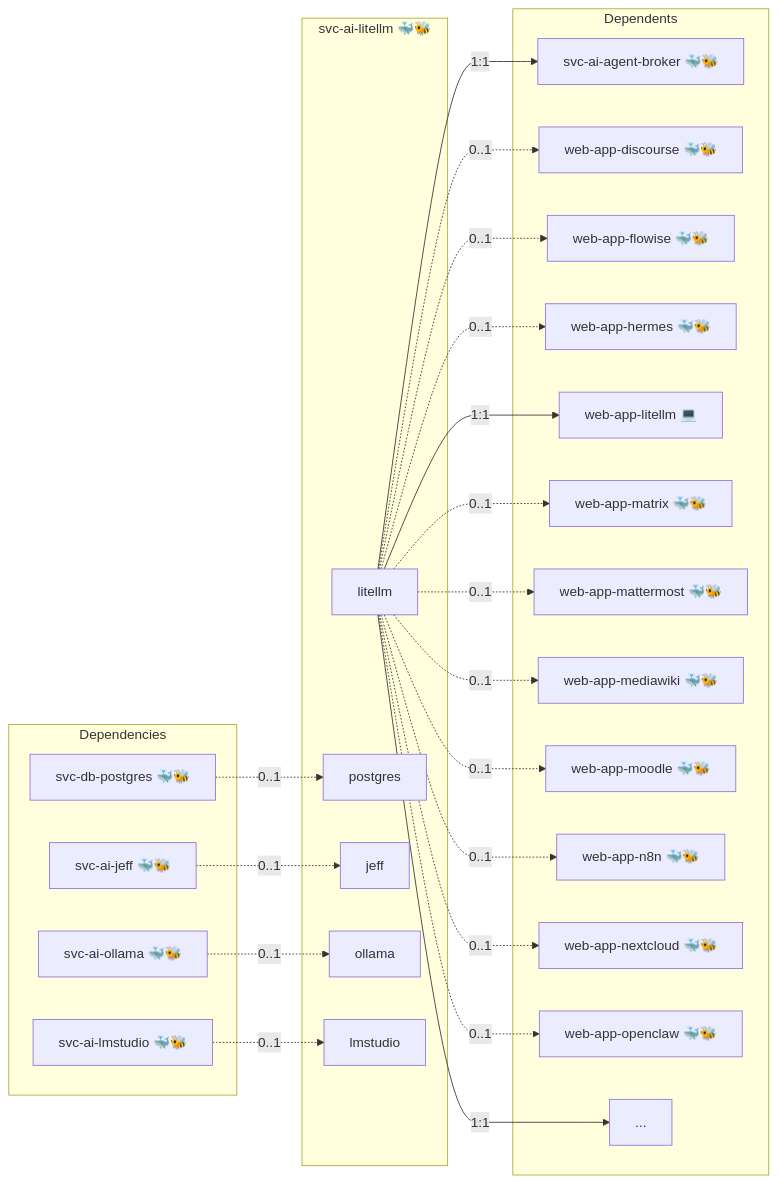
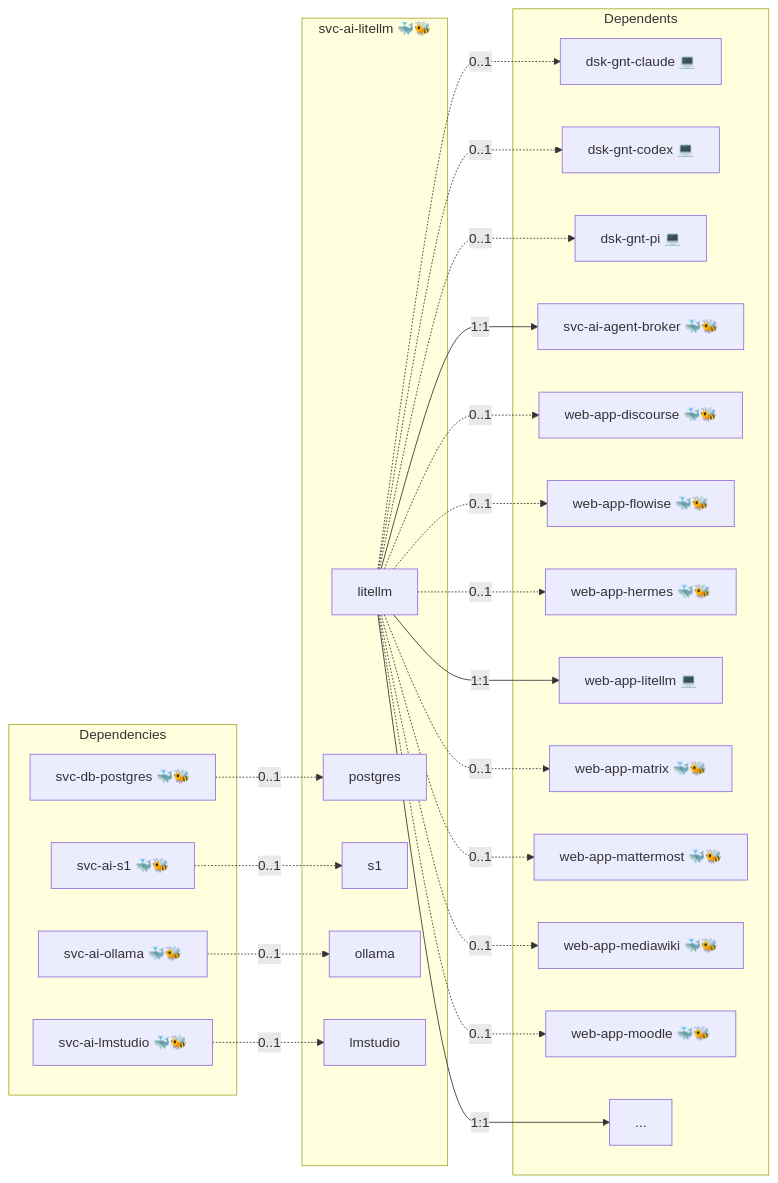
Before and after one commit to infinito-nexus/core: the diagram in roles/svc-ai-litellm/README.md, drawn with Mermaid. The commit also changed 33 other files, not shown here.

````diff
--- a/roles/svc-ai-litellm/README.md
+++ b/roles/svc-ai-litellm/README.md
@@ -15,48 +15,48 @@
 ```mermaid
 flowchart LR
     subgraph deps [Dependencies]
-        dep_svc_ai_jeff["svc-ai-jeff 🐳🐝"]
         dep_svc_ai_lmstudio["svc-ai-lmstudio 🐳🐝"]
         dep_svc_ai_ollama["svc-ai-ollama 🐳🐝"]
+        dep_svc_ai_s1["svc-ai-s1 🐳🐝"]
         dep_svc_db_postgres["svc-db-postgres 🐳🐝"]
     end
     subgraph role [svc-ai-litellm 🐳🐝]
         svc_litellm["litellm"]
         svc_postgres["postgres"]
-        svc_jeff["jeff"]
+        svc_s1["s1"]
         svc_ollama["ollama"]
         svc_lmstudio["lmstudio"]
     end
     subgraph dependents [Dependents]
+        dpt_dsk_gnt_claude["dsk-gnt-claude 💻"]
+        dpt_dsk_gnt_codex["dsk-gnt-codex 💻"]
+        dpt_dsk_gnt_pi["dsk-gnt-pi 💻"]
         dpt_svc_ai_agent_broker["svc-ai-agent-broker 🐳🐝"]
         dpt_web_app_discourse["web-app-discourse 🐳🐝"]
         dpt_web_app_flowise["web-app-flowise 🐳🐝"]
         dpt_web_app_hermes["web-app-hermes 🐳🐝"]
         dpt_web_app_litellm["web-app-litellm 💻"]
         dpt_web_app_matrix["web-app-matrix 🐳🐝"]
         dpt_web_app_mattermost["web-app-mattermost 🐳🐝"]
         dpt_web_app_mediawiki["web-app-mediawiki 🐳🐝"]
         dpt_web_app_moodle["web-app-moodle 🐳🐝"]
-        dpt_web_app_n8n["web-app-n8n 🐳🐝"]
-        dpt_web_app_nextcloud["web-app-nextcloud 🐳🐝"]
-        dpt_web_app_openclaw["web-app-openclaw 🐳🐝"]
         dpt_more["..."]
     end
-    dep_svc_ai_jeff -. "0..1" .-> svc_jeff
     dep_svc_ai_lmstudio -. "0..1" .-> svc_lmstudio
     dep_svc_ai_ollama -. "0..1" .-> svc_ollama
+    dep_svc_ai_s1 -. "0..1" .-> svc_s1
     dep_svc_db_postgres -. "0..1" .-> svc_postgres
+    svc_litellm -. "0..1" .-> dpt_dsk_gnt_claude
+    svc_litellm -. "0..1" .-> dpt_dsk_gnt_codex
+    svc_litellm -. "0..1" .-> dpt_dsk_gnt_pi
     svc_litellm -- "1:1" --> dpt_more
     svc_litellm -- "1:1" --> dpt_svc_ai_agent_broker
     svc_litellm -. "0..1" .-> dpt_web_app_discourse
     svc_litellm -. "0..1" .-> dpt_web_app_flowise
     svc_litellm -. "0..1" .-> dpt_web_app_hermes
     svc_litellm -- "1:1" --> dpt_web_app_litellm
     svc_litellm -. "0..1" .-> dpt_web_app_matrix
     svc_litellm -. "0..1" .-> dpt_web_app_mattermost
     svc_litellm -. "0..1" .-> dpt_web_app_mediawiki
     svc_litellm -. "0..1" .-> dpt_web_app_moodle
-    svc_litellm -. "0..1" .-> dpt_web_app_n8n
-    svc_litellm -. "0..1" .-> dpt_web_app_nextcloud
-    svc_litellm -. "0..1" .-> dpt_web_app_openclaw
 ```
````
